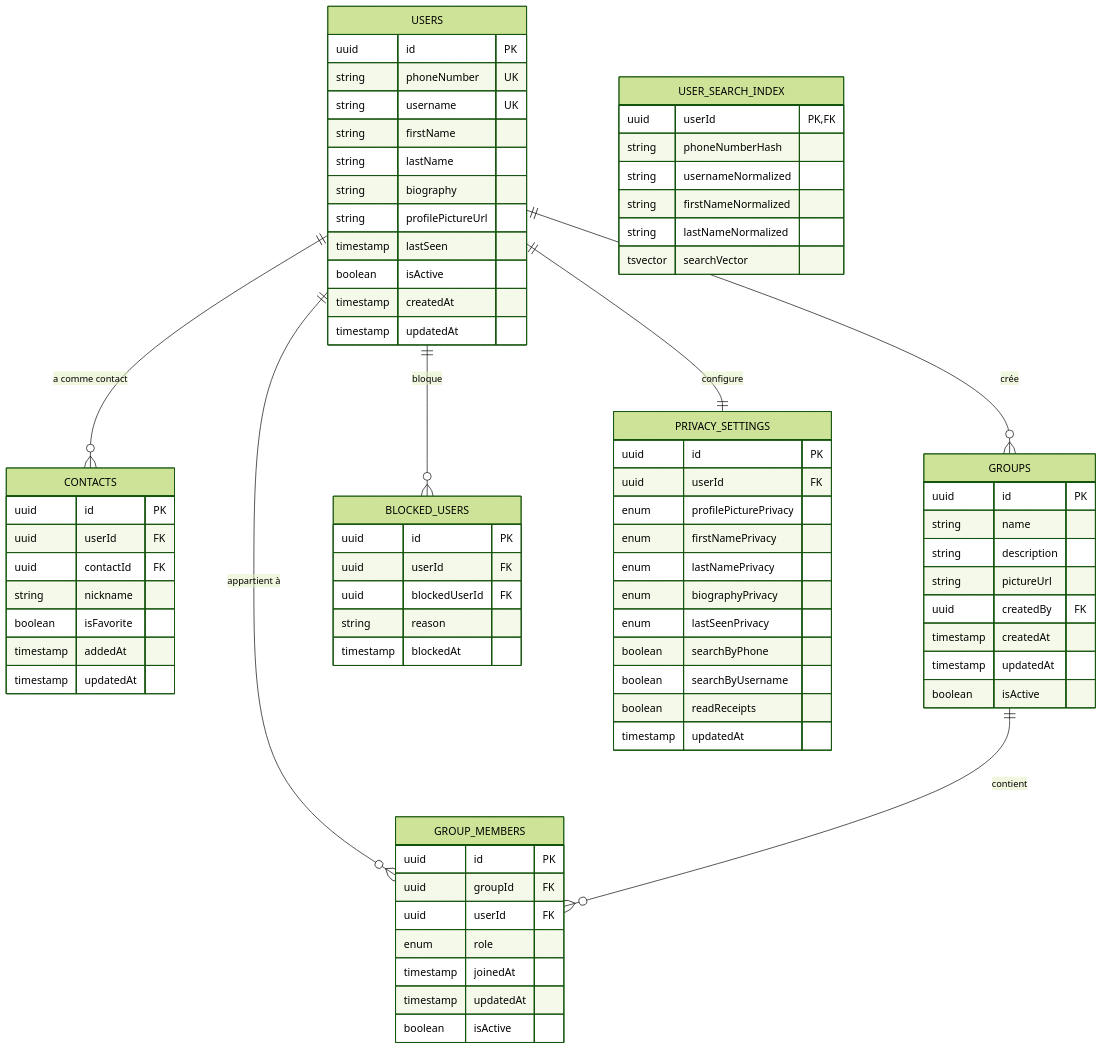
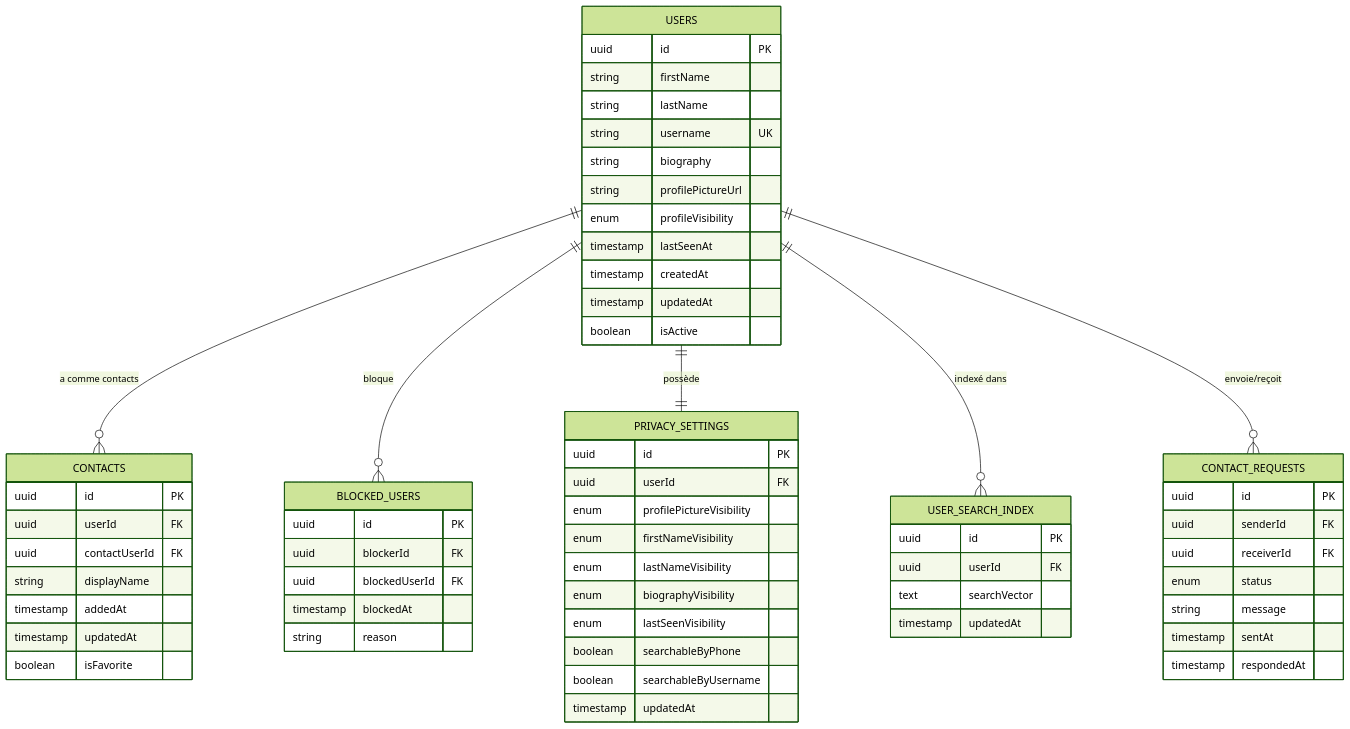
The first of 6 diagrams in documentation/1_architecture/2_database_design.md (whispr-messenger/user-service), drawn with Mermaid (forest theme) before and after one commit. The commit also changed other lines of this file and 19 other files, not shown here.

````diff
--- a/documentation/1_architecture/2_database_design.md
+++ b/documentation/1_architecture/2_database_design.md
@@ -22,85 +58,65 @@
 ```mermaid
 erDiagram
-    USERS ||--o{ CONTACTS : "a comme contact"
-    USERS ||--o{ GROUPS : "crée"
-    USERS ||--o{ GROUP_MEMBERS : "appartient à"
+    USERS ||--o{ CONTACTS : "a comme contacts"
     USERS ||--o{ BLOCKED_USERS : "bloque"
-    USERS ||--|| PRIVACY_SETTINGS : "configure"
-    GROUPS ||--o{ GROUP_MEMBERS : "contient"
+    USERS ||--|| PRIVACY_SETTINGS : "possède"
+    USERS ||--o{ USER_SEARCH_INDEX : "indexé dans"
+    USERS ||--o{ CONTACT_REQUESTS : "envoie/reçoit"
     
     USERS {
         uuid id PK
-        string phoneNumber UK
-        string username UK
         string firstName
         string lastName
+        string username UK
         string biography
         string profilePictureUrl
-        timestamp lastSeen
-        boolean isActive
-        timestamp createdAt
-        timestamp updatedAt
-    }
-    
-    PRIVACY_SETTINGS {
-        uuid id PK
-        uuid userId FK
-        enum profilePicturePrivacy
-        enum firstNamePrivacy
-        enum lastNamePrivacy
-        enum biographyPrivacy
-        enum lastSeenPrivacy
-        boolean searchByPhone
-        boolean searchByUsername
-        boolean readReceipts
-        timestamp updatedAt
-    }
-    
-    CONTACTS {
-        uuid id PK
-        uuid userId FK
-        uuid contactId FK
-        string nickname
-        boolean isFavorite
-        timestamp addedAt
-        timestamp updatedAt
-    }
-    
-    BLOCKED_USERS {
-        uuid id PK
-        uuid userId FK
-        uuid blockedUserId FK
-        string reason
-        timestamp blockedAt
-    }
-    
-    GROUPS {
-        uuid id PK
-        string name
-        string description
-        string pictureUrl
-        uuid createdBy FK
+        enum profileVisibility
+        timestamp lastSeenAt
         timestamp createdAt
         timestamp updatedAt
         boolean isActive
     }
-    
-    GROUP_MEMBERS {
+    CONTACTS {
         uuid id PK
-        uuid groupId FK
         uuid userId FK
-        enum role
-        timestamp joinedAt
+        uuid contactUserId FK
+        string displayName
+        timestamp addedAt
         timestamp updatedAt
-        boolean isActive
+        boolean isFavorite
     }
-    
+    BLOCKED_USERS {
+        uuid id PK
+        uuid blockerId FK
+        uuid blockedUserId FK
+        timestamp blockedAt
+        string reason
+    }
+    PRIVACY_SETTINGS {
+        uuid id PK
+        uuid userId FK
+        enum profilePictureVisibility
+        enum firstNameVisibility
+        enum lastNameVisibility
+        enum biographyVisibility
+        enum lastSeenVisibility
+        boolean searchableByPhone
+        boolean searchableByUsername
+        timestamp updatedAt
+    }
     USER_SEARCH_INDEX {
-        uuid userId PK, FK
-        string phoneNumberHash
-        string usernameNormalized
-        string firstNameNormalized
-        string lastNameNormalized
-        tsvector searchVector
+        uuid id PK
+        uuid userId FK
+        text searchVector
+        timestamp updatedAt
+    }
+    CONTACT_REQUESTS {
+        uuid id PK
+        uuid senderId FK
+        uuid receiverId FK
+        enum status
+        string message
+        timestamp sentAt
+        timestamp respondedAt
     }
 ```
````
